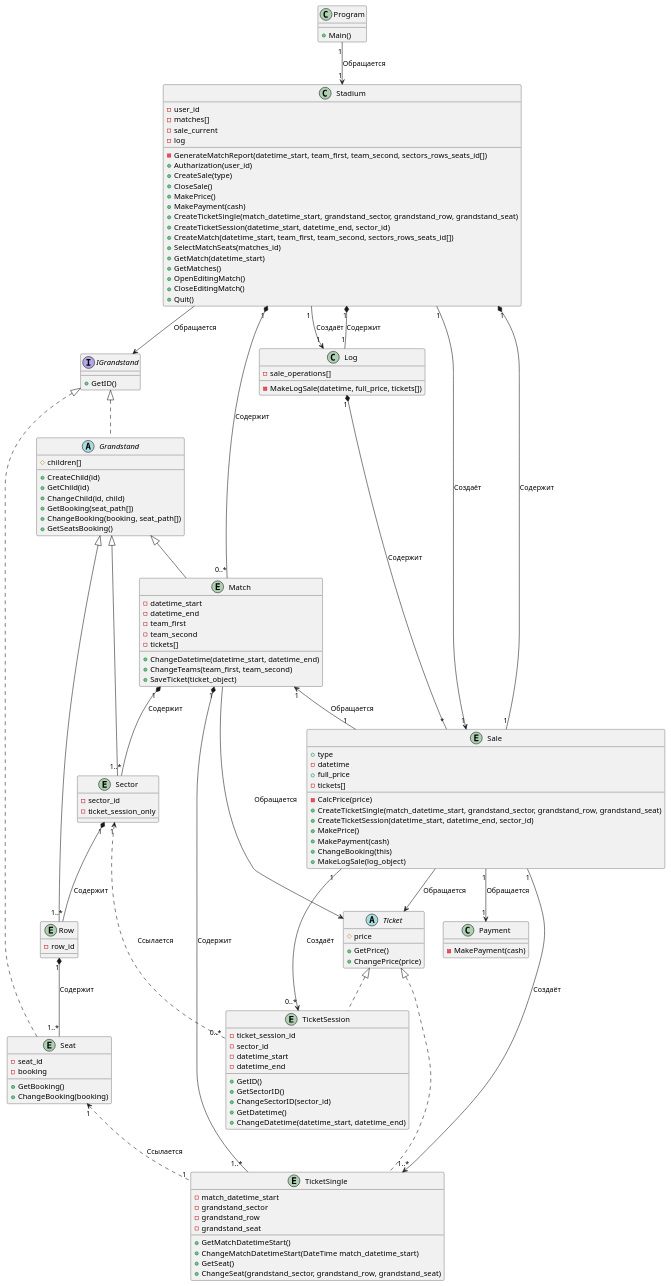
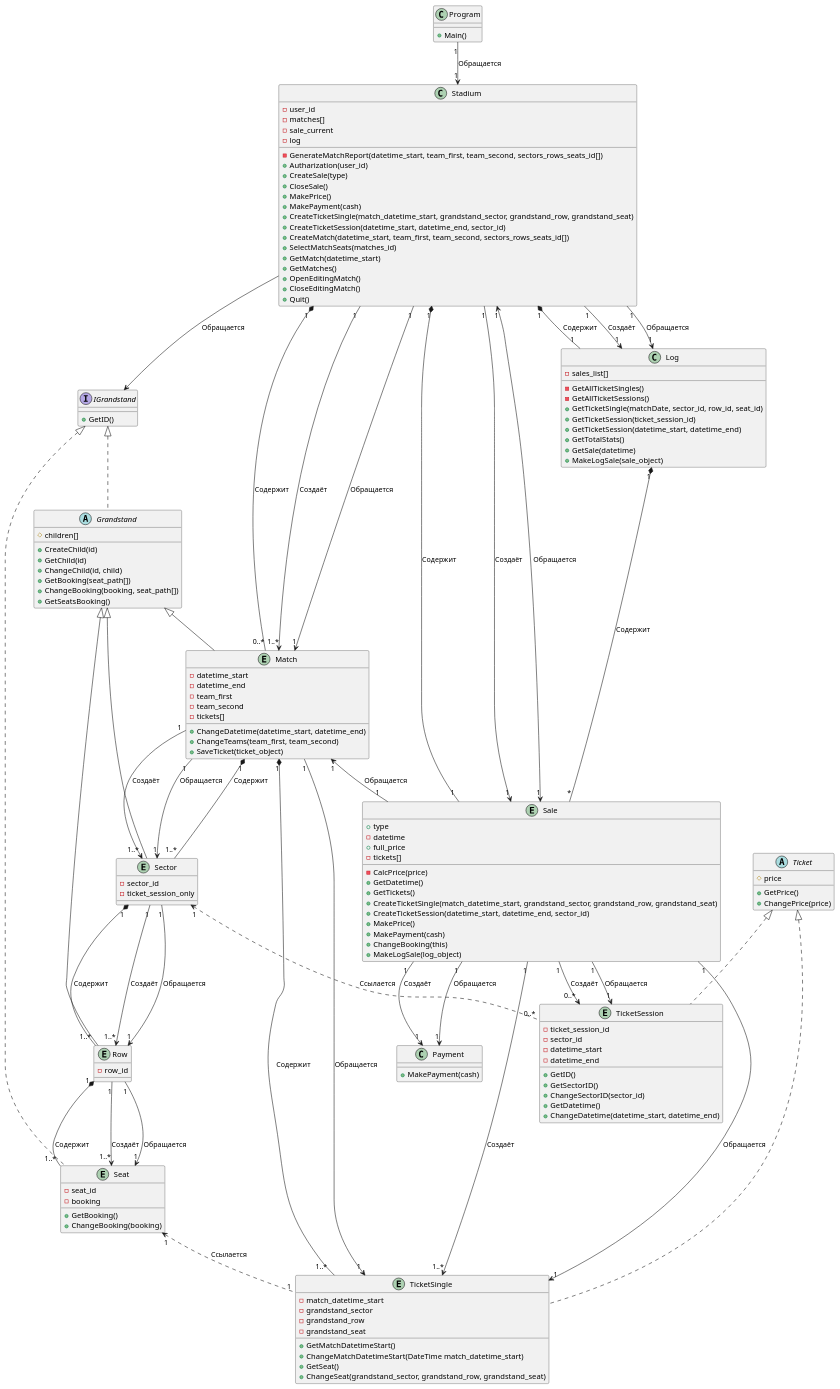
Before and after one commit to penamarth/bsbo-03-23_team4_var10_football: the diagram in Модель предметной области.md, drawn with PlantUML. The commit also changed 6 other files, not shown here.

Commit message:
Правка класса Log (код и диаграммы) + фикс связей в модели предметной области + явное обозначение классов в диаграммах прецедентов + мелкие фиксы в коде и диаграммах

````diff
--- a/Модель предметной области.md
+++ b/Модель предметной области.md
@@ -113,6 +113,8 @@
     + full_price
     - tickets[]
     - CalcPrice(price)
+    + GetDatetime()
+    + GetTickets()
     + CreateTicketSingle(match_datetime_start, grandstand_sector, grandstand_row, grandstand_seat)
     + CreateTicketSession(datetime_start, datetime_end, sector_id)
     + MakePrice()
@@ -123,39 +125,59 @@
 
 class Payment
 {
-    - MakePayment(cash)
+    + MakePayment(cash)
 }
 
 class Log
 {
-    - sale_operations[]
-    - MakeLogSale(datetime, full_price, tickets[])
+    - sales_list[]
+    - GetAllTicketSingles()
+    - GetAllTicketSessions()
+    + GetTicketSingle(matchDate, sector_id, row_id, seat_id)
+    + GetTicketSession(ticket_session_id)
+    + GetTicketSession(datetime_start, datetime_end)
+    + GetTotalStats()
+    + GetSale(datetime)
+    + MakeLogSale(sale_object)
 }
 
 
 Program "1" --> "1" Stadium : Обращается
 Stadium "1" *-- "0..*" Match : Содержит
+Stadium "1" --> "1..*" Match : Создаёт
+Stadium "1" --> "1" Match : Обращается
+Stadium "1" *-- "1" Sale : Содержит
 Stadium "1" --> "1" Sale : Создаёт
-Stadium "1" *-- "1" Sale : Содержит
+Stadium "1" <--> "1" Sale : Обращается
+Stadium "1" *-- "1" Log : Содержит
 Stadium "1" --> "1" Log : Создаёт
-Stadium "1" *-- "1" Log : Содержит
+Stadium "1" --> "1" Log : Обращается
+
 
 Match "1" *-- "1..*" Sector : Содержит
+Match "1" --> "1..*" Sector : Создаёт
+Match "1" --> "1" Sector : Обращается
 Sector "1" *-- "1..*" Row : Содержит
+Sector "1" --> "1..*" Row : Создаёт
+Sector "1" --> "1" Row : Обращается
 Row "1" *-- "1..*" Seat : Содержит
+Row "1" --> "1..*" Seat : Создаёт
+Row "1" --> "1" Seat : Обращается
 
 Match "1" *-- "1..*" TicketSingle : Содержит
+Match "1" --> "1" TicketSingle : Обращается
 Seat "1" <.. "1" TicketSingle : Ссылается
 Sector "1" <.. "0..*" TicketSession : Ссылается
 
+Sale "1" --> "1" Payment : Создаёт
 Sale "1" --> "1" Payment : Обращается
 Sale "1" --> "1..*" TicketSingle : Создаёт
+Sale "1" --> "1" TicketSingle : Обращается
 Sale "1" --> "0..*" TicketSession : Создаёт
+Sale "1" --> "1" TicketSession : Обращается
 Match "1" <-- "1" Sale : Обращается
 Log "1" *-- "*" Sale : Содержит
 
 Stadium --> IGrandstand : Обращается
-Match --> Ticket : Обращается
-Sale --> Ticket : Обращается
 @enduml
 ```
````
